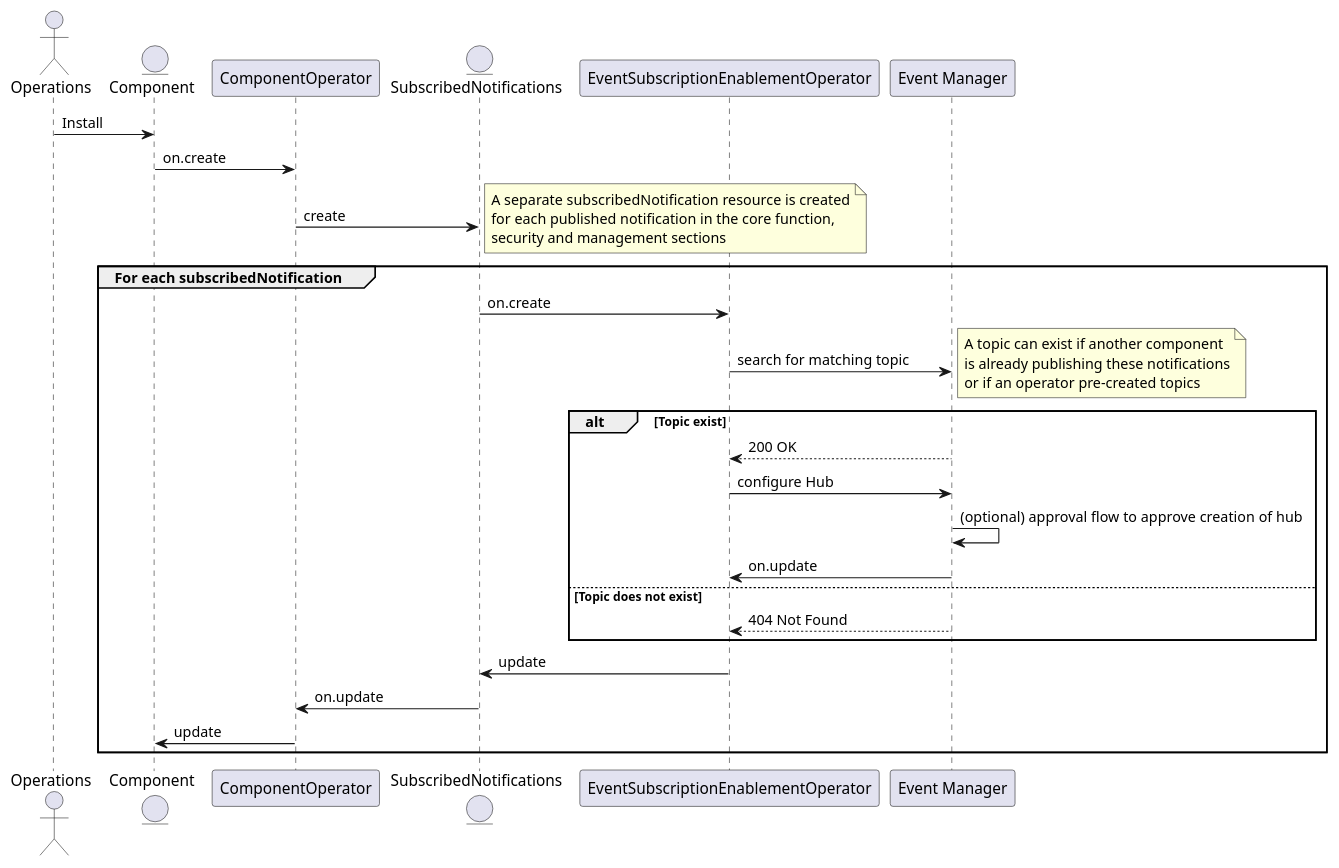
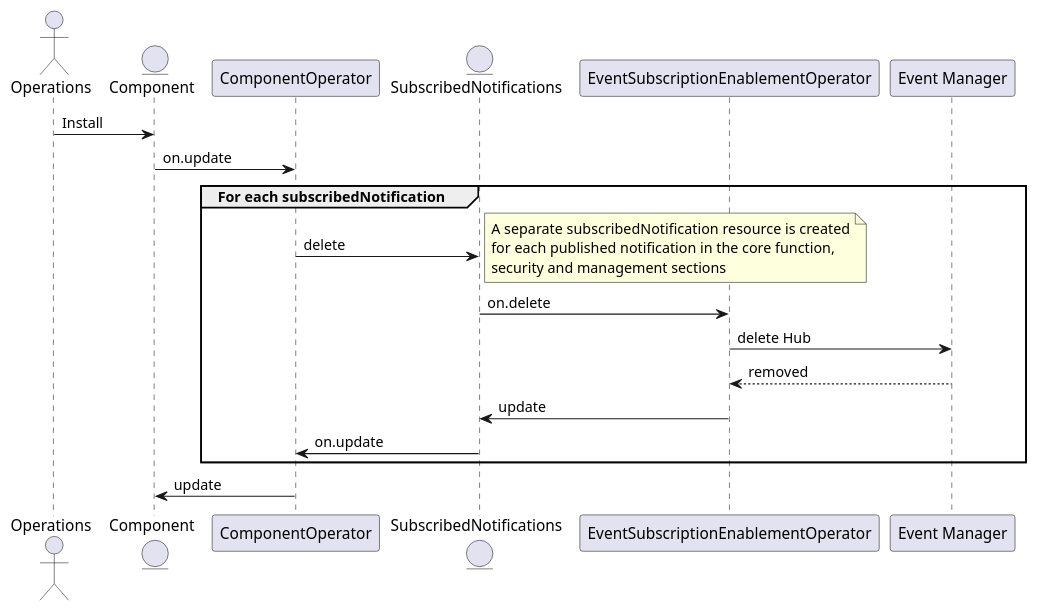
The diagram in oda-canvas-ctk/usecase-library/pumlFiles/enableEventSubscription-with-delete.puml (tmforum-oda/oda-canvas), drawn with PlantUML before and after one commit. The commit also changed 7 other files, not shown here.

Commit message:
EventSubscription defined Requirement for Create/Delete Topic use case

```diff
--- a/oda-canvas-ctk/usecase-library/pumlFiles/enableEventSubscription-with-delete.puml
+++ b/oda-canvas-ctk/usecase-library/pumlFiles/enableEventSubscription-with-delete.puml
@@ -1,39 +1,27 @@
 @startuml
 
 actor Operations
 entity Component
 participant ComponentOperator
 entity SubscribedNotifications
 participant EventSubscriptionEnablementOperator
 participant "Event Manager" as TMFC019
 
 Component <- Operations : Install
-Component -> ComponentOperator: on.create 
-ComponentOperator -> SubscribedNotifications: create
+Component -> ComponentOperator: on.update
+group For each subscribedNotification
+ComponentOperator -> SubscribedNotifications: delete
 note right
     A separate subscribedNotification resource is created
     for each published notification in the core function,
     security and management sections
 end note
-group For each subscribedNotification
-    SubscribedNotifications -> EventSubscriptionEnablementOperator: on.create     
-    EventSubscriptionEnablementOperator -> TMFC019: search for matching topic
-    note right
-    	A topic can exist if another component
-    	is already publishing these notifications
-    	or if an operator pre-created topics
-    end note
-    alt Topic exist
-    	EventSubscriptionEnablementOperator <-- TMFC019: 200 OK
-    	EventSubscriptionEnablementOperator -> TMFC019 : configure Hub
-    	TMFC019 -> TMFC019: (optional) approval flow to approve creation of hub
-    	EventSubscriptionEnablementOperator <- TMFC019 : on.update
-    else Topic does not exist
-     	EventSubscriptionEnablementOperator <-- TMFC019: 404 Not Found
-    end alt
+    SubscribedNotifications -> EventSubscriptionEnablementOperator: on.delete
+    EventSubscriptionEnablementOperator -> TMFC019: delete Hub
+    EventSubscriptionEnablementOperator <-- TMFC019: removed
     SubscribedNotifications <- EventSubscriptionEnablementOperator: update
     ComponentOperator <- SubscribedNotifications: on.update
-    Component <- ComponentOperator: update 
 end
+Component <- ComponentOperator: update
 
 @enduml
```
